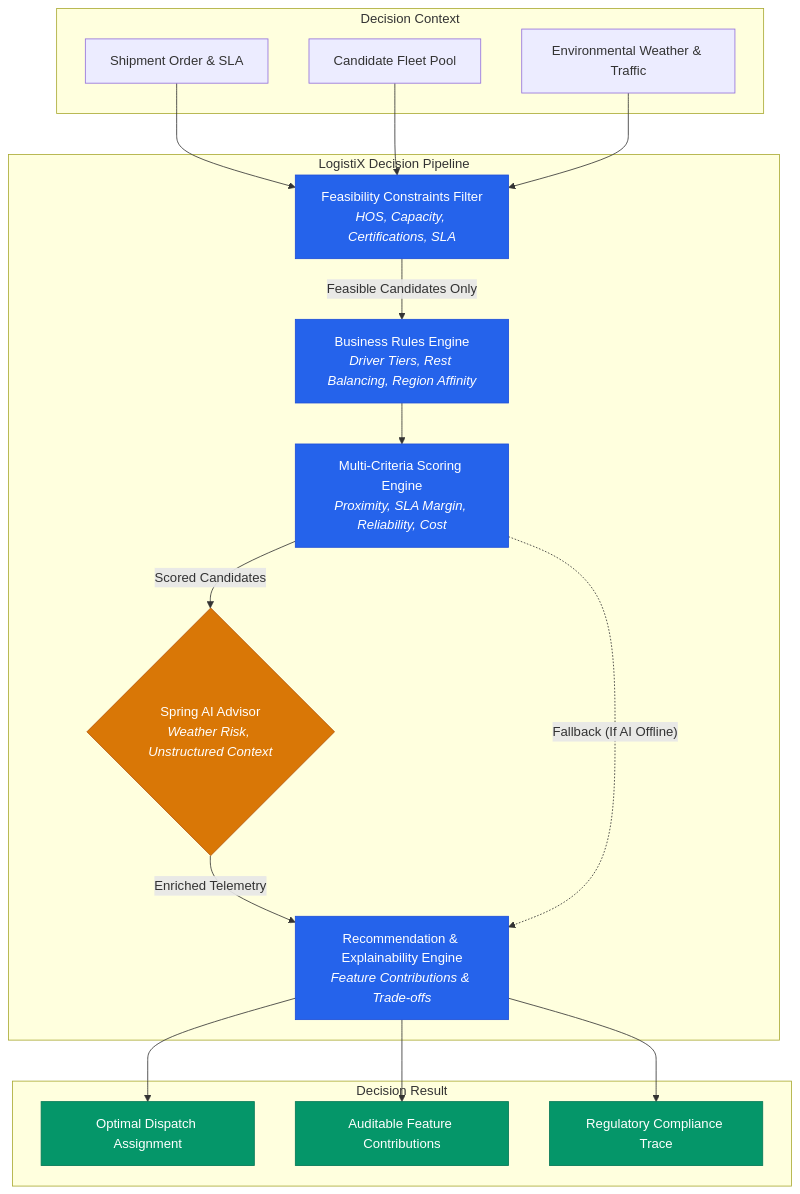
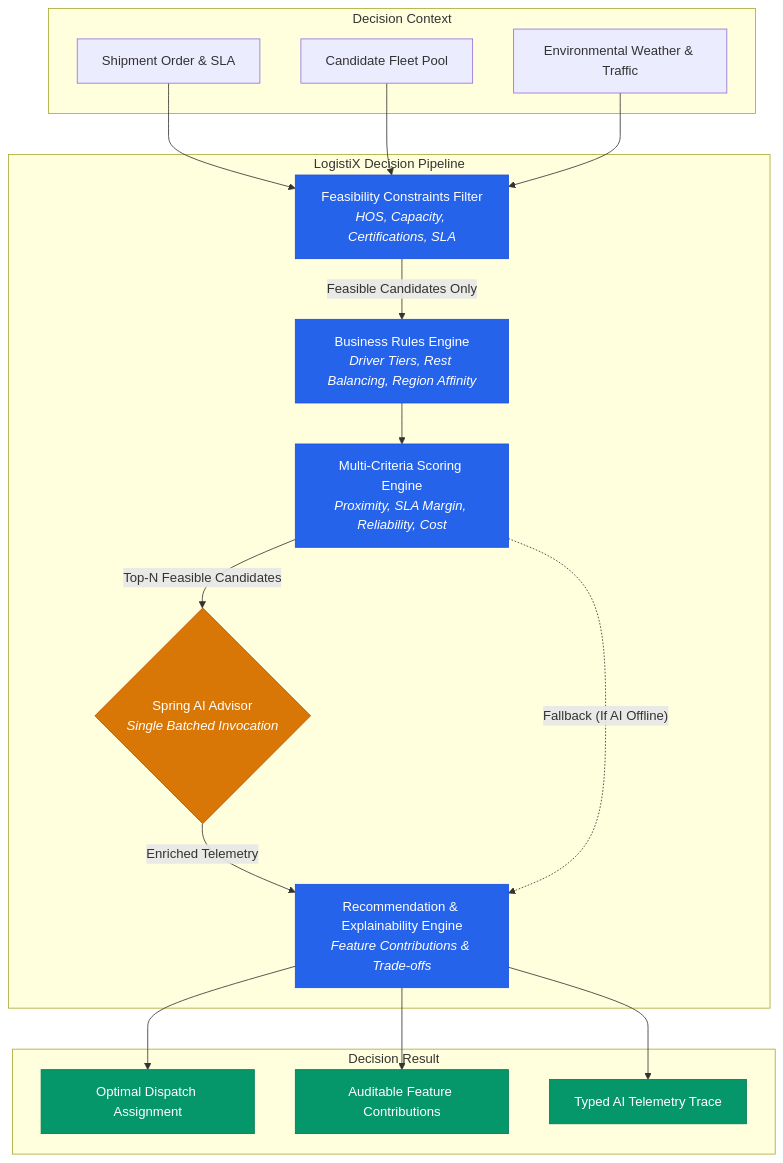
The diagram in docs/capabilities/driver-dispatch.md (venukommu/LogistiX), drawn with Mermaid before and after one commit. The commit also changed other lines of this file and 22 other files, not shown here.

Commit message:
feat(ai): harden production-grade AI decision boundary and single-call batched evaluation (Sprint 7.2)

````diff
--- a/docs/capabilities/driver-dispatch.md
+++ b/docs/capabilities/driver-dispatch.md
@@ -6,37 +6,37 @@
 ```mermaid
 graph TD
     subgraph Input ["Decision Context"]
         A[Shipment Order & SLA]
         B[Candidate Fleet Pool]
         C[Environmental Weather & Traffic]
     end
 
     subgraph Pipeline ["LogistiX Decision Pipeline"]
         D[Feasibility Constraints Filter<br/><i>HOS, Capacity, Certifications, SLA</i>]
         E[Business Rules Engine<br/><i>Driver Tiers, Rest Balancing, Region Affinity</i>]
         F[Multi-Criteria Scoring Engine<br/><i>Proximity, SLA Margin, Reliability, Cost</i>]
-        G{Spring AI Advisor<br/><i>Weather Risk, Unstructured Context</i>}
+        G{Spring AI Advisor<br/><i>Single Batched Invocation</i>}
         H[Recommendation & Explainability Engine<br/><i>Feature Contributions & Trade-offs</i>]
     end
 
     subgraph Outcome ["Decision Result"]
         I[Optimal Dispatch Assignment]
         J[Auditable Feature Contributions]
-        K[Regulatory Compliance Trace]
+        K[Typed AI Telemetry Trace]
     end
 
     A & B & C --> D
     D -- Feasible Candidates Only --> E
     E --> F
-    F -- Scored Candidates --> G
+    F -- Top-N Feasible Candidates --> G
     G -- Enriched Telemetry --> H
     F -. Fallback (If AI Offline) .-> H
     H --> I & J & K
 
     classDef primary fill:#2563eb,stroke:#1d4ed8,color:#fff;
     classDef secondary fill:#059669,stroke:#047857,color:#fff;
     classDef warn fill:#d97706,stroke:#b45309,color:#fff;
     class D,E,F,H primary;
     class I,J,K secondary;
     class G warn;
 ```
````
